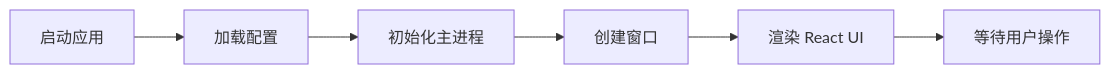
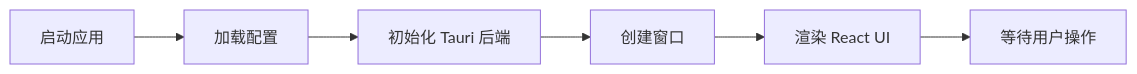
One commit to XIYBHK/ai-l10n-studio changed the diagram in docs/GUI-ARCHITECTURE.md. Above: the diagram before and after it, drawn with Mermaid. The commit also changed other lines of this file and 41 other files, not shown here.

````diff
--- a/docs/GUI-ARCHITECTURE.md
+++ b/docs/GUI-ARCHITECTURE.md
@@ -190,8 +198,8 @@
 ```mermaid
 graph LR
 A[启动应用] --> B[加载配置]
-B --> C[初始化主进程]
+B --> C[初始化 Tauri 后端]
 C --> D[创建窗口]
 D --> E[渲染 React UI]
 E --> F[等待用户操作]
 ```
````
